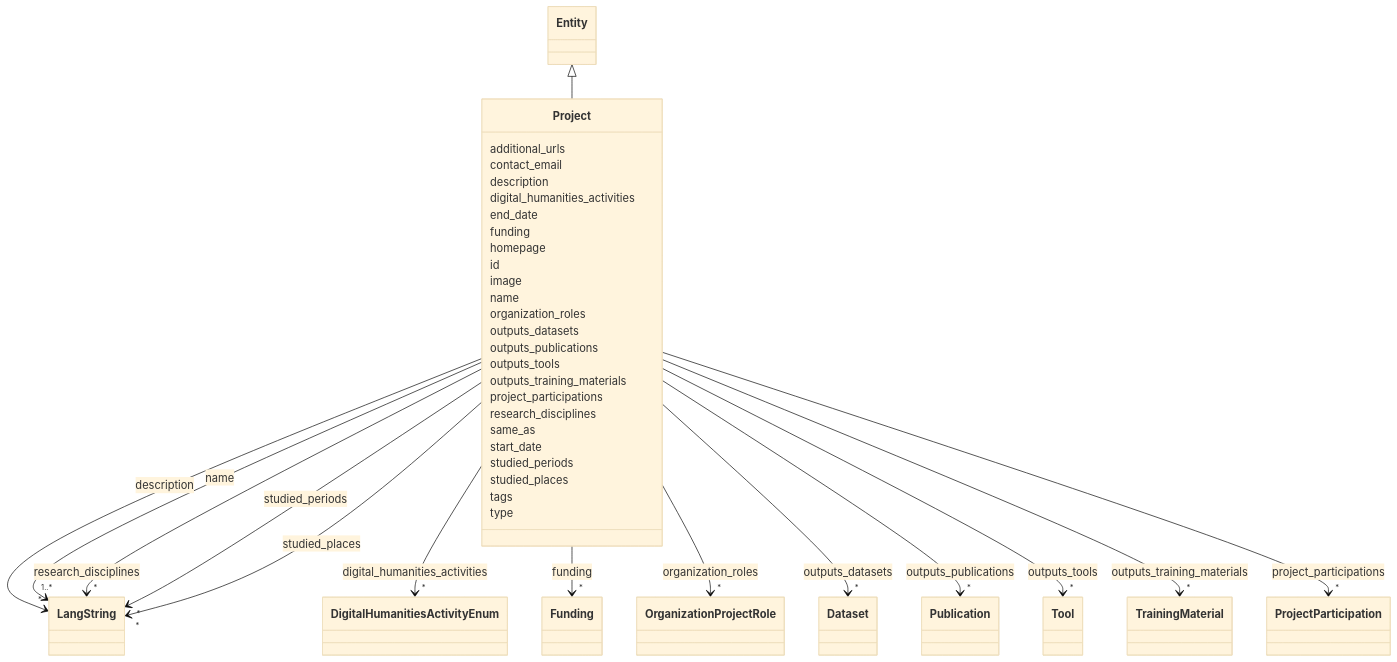
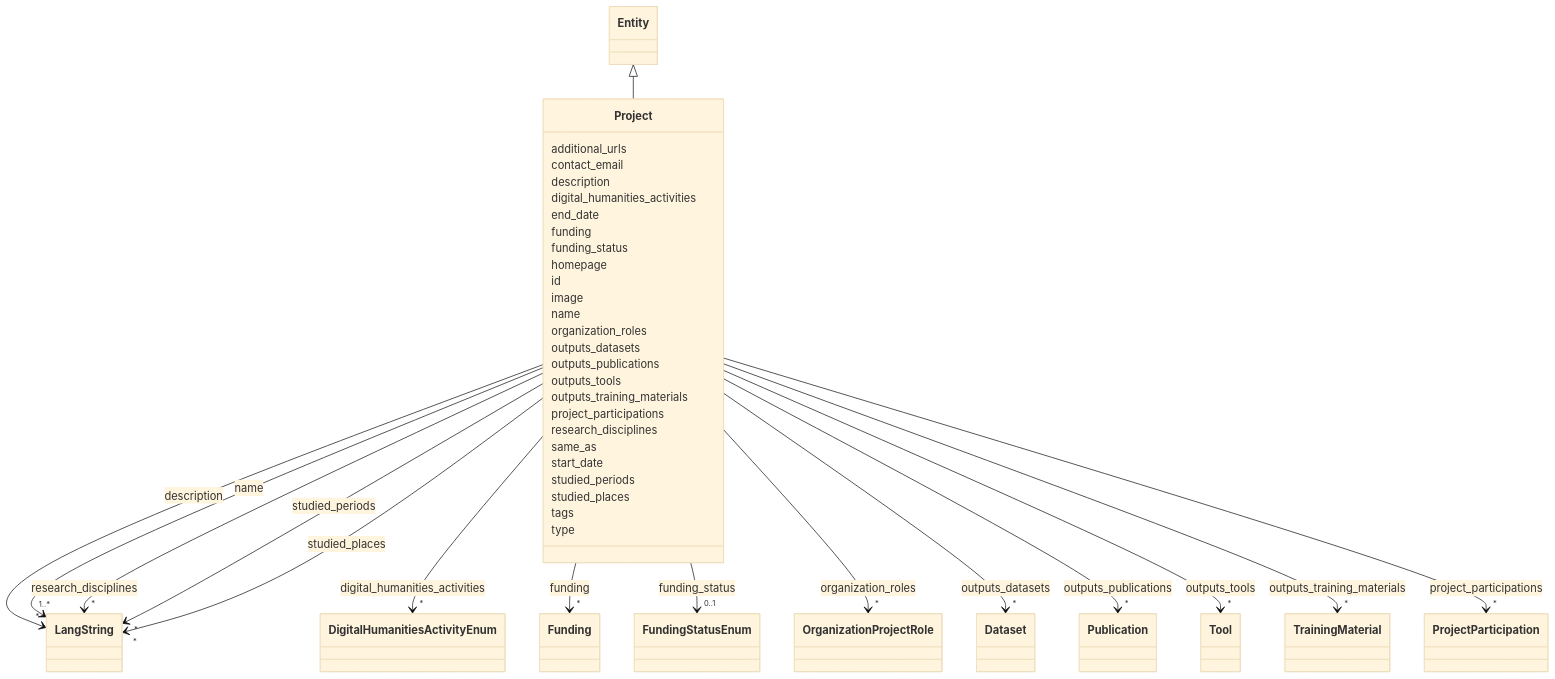
The diagram in docs/classes/Project.md (DARIAH-IL/idhi-manifests), drawn with Mermaid (base theme) before and after one commit. The commit also changed other lines of this file and 65 other files, not shown here.

Commit message:
Schema improvements

```diff
--- a/docs/classes/Project.md
+++ b/docs/classes/Project.md
@@ -69,6 +69,19 @@
         Project --> "*" Funding : funding
         
         click Funding href "../../classes/Funding/"
+        
+    
+
+        
+      Project : funding_status
+        
+          
+    
+        
+        
+        Project --> "0..1" FundingStatusEnum : funding_status
+        
+        click FundingStatusEnum href "../../enums/FundingStatusEnum/"
         
     
 
```
